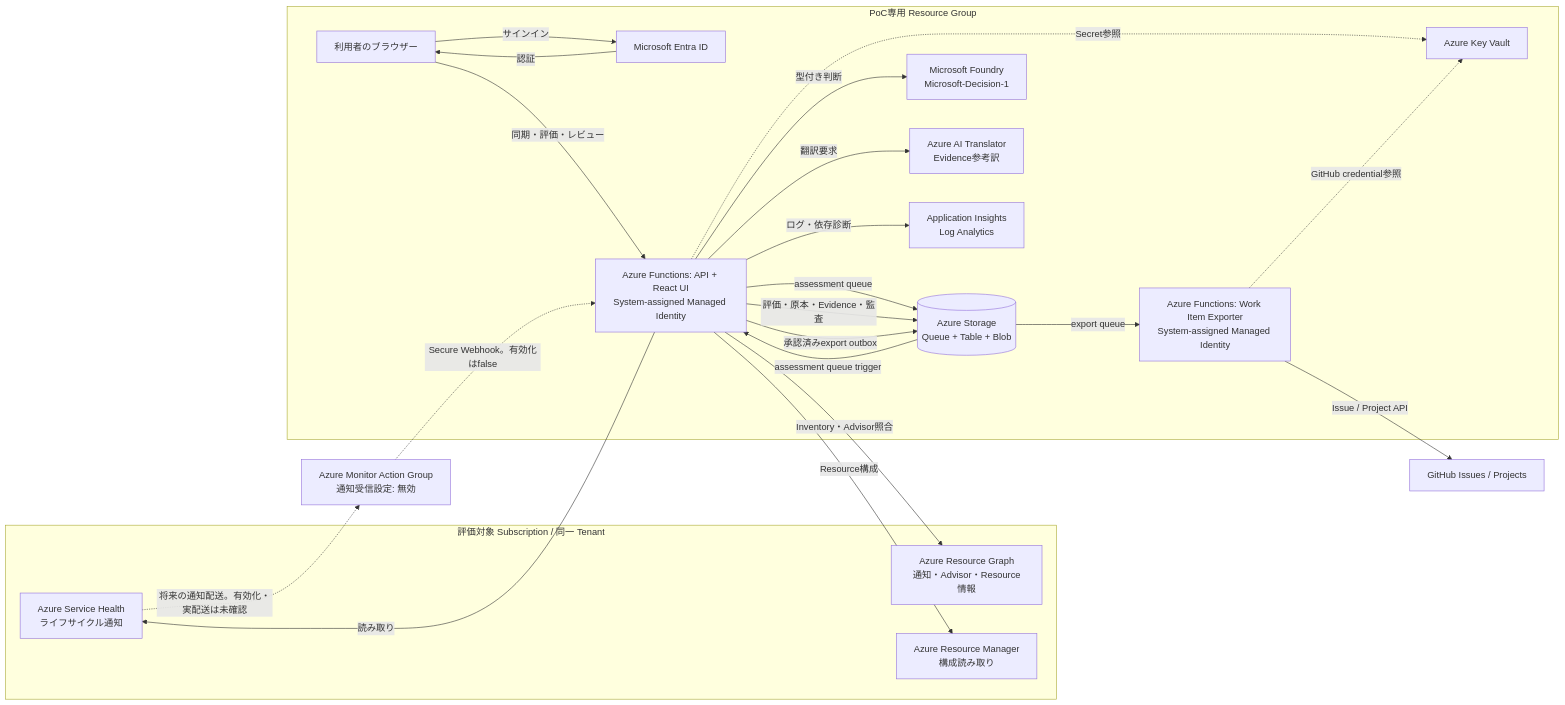
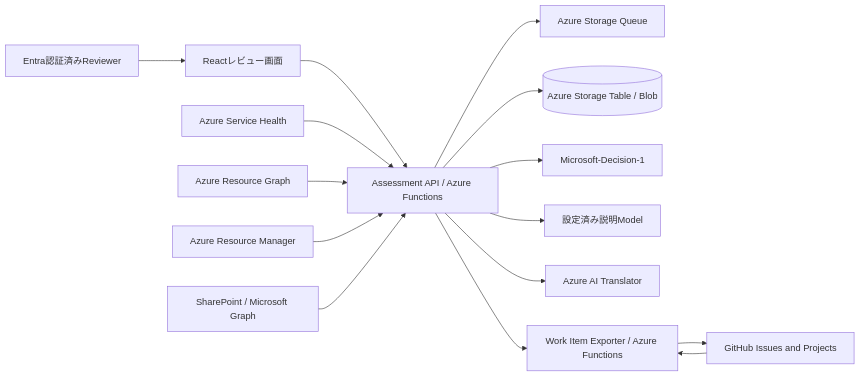
One commit to kdkwakaba/azure-retirement-planner changed the diagram in docs/architecture-and-decision-model.md. Above: the diagram before and after it, drawn with Mermaid. The commit also changed other lines of this file and 23 other files, not shown here.

````diff
--- a/docs/architecture-and-decision-model.md
+++ b/docs/architecture-and-decision-model.md
@@ -20,43 +7,17 @@
-```mermaid
+~~~mermaid
 flowchart LR
-  subgraph AzureScope[評価対象 Subscription / 同一 Tenant]
-    SH[Azure Service Health<br/>ライフサイクル通知]
-    ARG[Azure Resource Graph<br/>通知・Advisor・Resource情報]
-    ARM[Azure Resource Manager<br/>構成読み取り]
-  end
-
-  subgraph PoC[PoC専用 Resource Group]
-    User[利用者のブラウザー]
-    Entra[Microsoft Entra ID]
-    API[Azure Functions: API + React UI<br/>System-assigned Managed Identity]
-    Storage[(Azure Storage<br/>Queue + Table + Blob)]
-    Foundry[Microsoft Foundry<br/>Microsoft-Decision-1]
-    Translator[Azure AI Translator<br/>Evidence参考訳]
-    Insights[Application Insights<br/>Log Analytics]
-    Exporter[Azure Functions: Work Item Exporter<br/>System-assigned Managed Identity]
-    KV[Azure Key Vault]
-  end
-
-  GitHub[GitHub Issues / Projects]
-  ActionGroup[Azure Monitor Action Group<br/>通知受信設定: 無効]
-
-  User -->|サインイン| Entra
-  Entra -->|認証| User
-  User -->|同期・評価・レビュー| API
-  API -->|読み取り| SH
-  API -->|Inventory・Advisor照合| ARG
-  API -->|Resource構成| ARM
-  API -->|assessment queue| Storage
-  Storage -->|assessment queue trigger| API
-  API -->|型付き判断| Foundry
-  API -->|翻訳要求| Translator
-  API -->|評価・原本・Evidence・監査| Storage
-  API -->|ログ・依存診断| Insights
-  API -->|承認済みexport outbox| Storage
-  Storage -->|export queue| Exporter
-  Exporter -->|Issue / Project API| GitHub
-  API -.->|Secret参照| KV
-  Exporter -.->|GitHub credential参照| KV
-  SH -.->|将来の通知配送。有効化・実配送は未確認| ActionGroup
-  ActionGroup -.->|Secure Webhook。有効化はfalse| API
-```
+  User[Entra認証済みReviewer] --> UI[Reactレビュー画面]
+  UI --> API[Assessment API / Azure Functions]
+  SH[Azure Service Health] --> API
+  ARG[Azure Resource Graph] --> API
+  ARM[Azure Resource Manager] --> API
+  SP[SharePoint / Microsoft Graph] --> API
+  API --> Q[Azure Storage Queue]
+  API --> DB[(Azure Storage Table / Blob)]
+  API --> D1[Microsoft-Decision-1]
+  API --> EX[設定済み説明Model]
+  API --> TR[Azure AI Translator]
+  API --> EXP[Work Item Exporter / Azure Functions]
+  EXP --> GH[GitHub Issues and Projects]
+  GH --> EXP
+~~~
````
